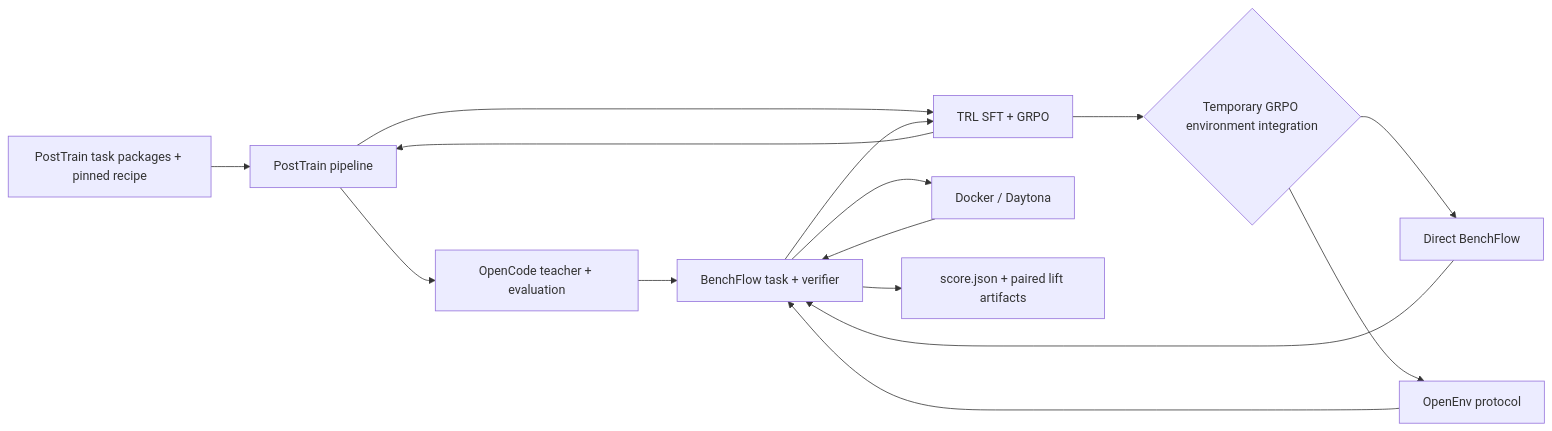
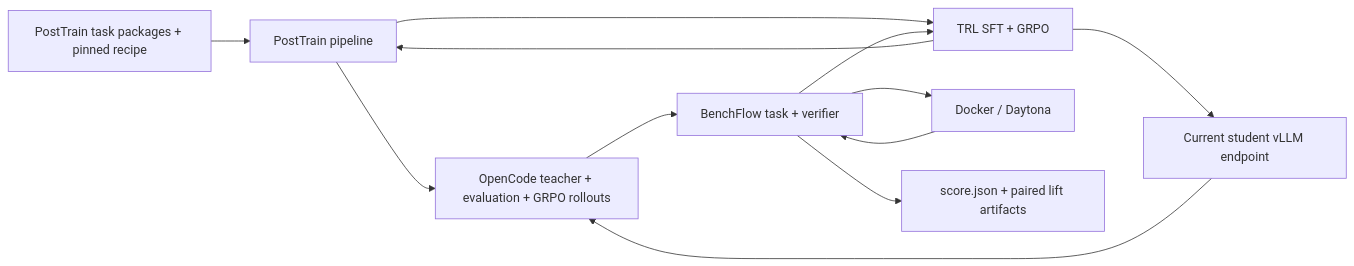
Before and after one commit to benchflow-ai/posttrainarena: the diagram in docs/training-pipeline.md, drawn with Mermaid. The commit also changed other lines of this file and 40 other files, not shown here.

First line of the commit message:
Migrate GRPO rollouts to OpenCode (#16)

````diff
--- a/docs/training-pipeline.md
+++ b/docs/training-pipeline.md
@@ -59,17 +56,14 @@
 ```mermaid
 flowchart LR
     Input["PostTrain task packages + pinned recipe"] --> Pipeline["PostTrain pipeline"]
-    Pipeline --> OC["OpenCode teacher + evaluation"]
+    Pipeline --> OC["OpenCode teacher + evaluation + GRPO rollouts"]
     OC --> BF["BenchFlow task + verifier"]
     Pipeline --> TRL["TRL SFT + GRPO"]
-    TRL --> Backend{"Temporary GRPO environment integration"}
-    Backend --> Direct["Direct BenchFlow"]
-    Backend --> OE["OpenEnv protocol"]
-    OE --> BF
-    Direct --> BF
+    TRL --> VLLM["Current student vLLM endpoint"]
+    VLLM --> OC
     BF --> Runtime["Docker / Daytona"]
     Runtime --> BF
     BF --> TRL
     BF --> Output["score.json + paired lift artifacts"]
     TRL --> Pipeline
 ```
````
